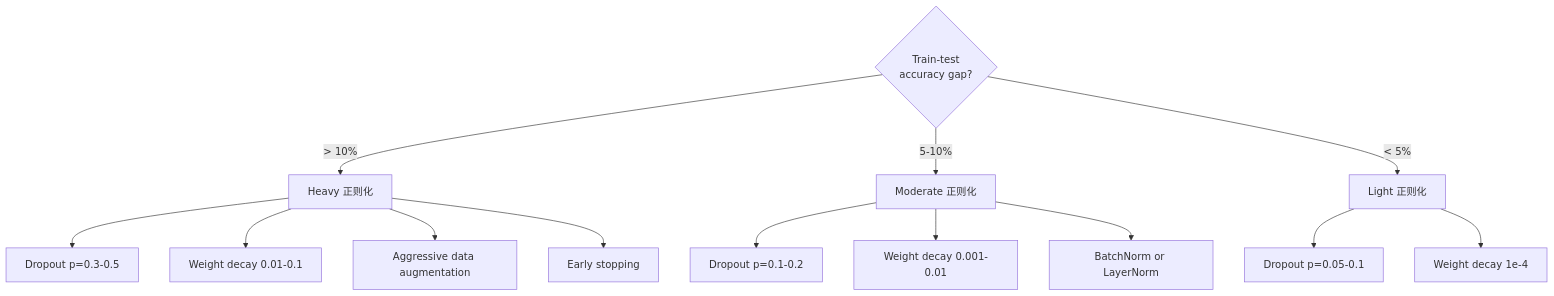
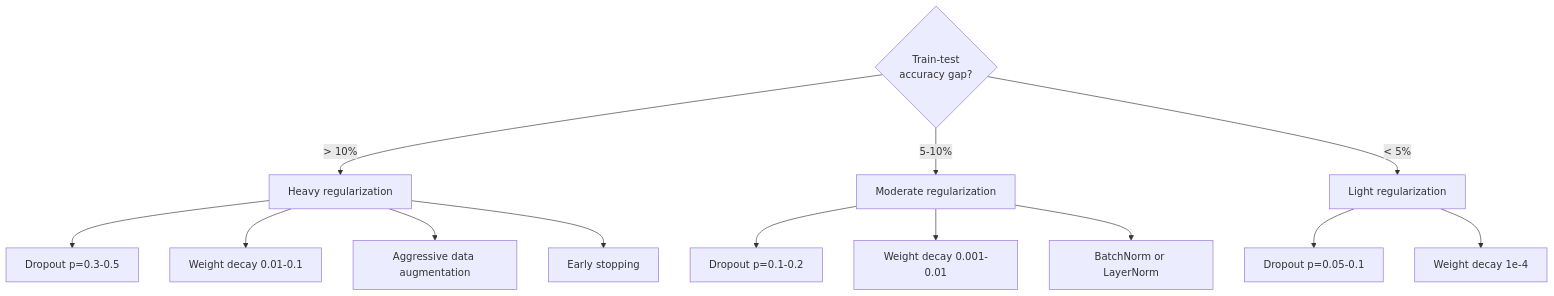
One commit to arwei944/ai-engineering-from-scratch changed the third of 3 diagrams in phases/03-deep-learning-core/07-regularization/docs/zh.md. Above: the diagram before and after it, drawn with Mermaid. The commit also changed other lines of this file and 65 other files, not shown here.

````diff
--- a/phases/03-deep-learning-core/07-regularization/docs/zh.md
+++ b/phases/03-deep-learning-core/07-regularization/docs/zh.md
@@ -171,18 +171,18 @@
 ```mermaid
 flowchart TD
-    Gap{"Train-test<br/>accuracy gap?"} -->|"> 10%"| Heavy["Heavy 正则化"]
-    Gap -->|"5-10%"| Medium["Moderate 正则化"]
-    Gap -->|"< 5%"| Light["Light 正则化"]
+    Gap{"Train-test<br/>accuracy gap?"} -->|"> 10%"| Heavy["Heavy regularization"]
+    Gap -->|"5-10%"| Medium["Moderate regularization"]
+    Gap -->|"< 5%"| Light["Light regularization"]
 
     Heavy --> D5["Dropout p=0.3-0.5"]
     Heavy --> WD2["Weight decay 0.01-0.1"]
     Heavy --> Aug["Aggressive data augmentation"]
     Heavy --> ES["Early stopping"]
 
     Medium --> D3["Dropout p=0.1-0.2"]
     Medium --> WD1["Weight decay 0.001-0.01"]
     Medium --> Norm["BatchNorm or LayerNorm"]
 
     Light --> D1["Dropout p=0.05-0.1"]
     Light --> WD0["Weight decay 1e-4"]
 ```
````
